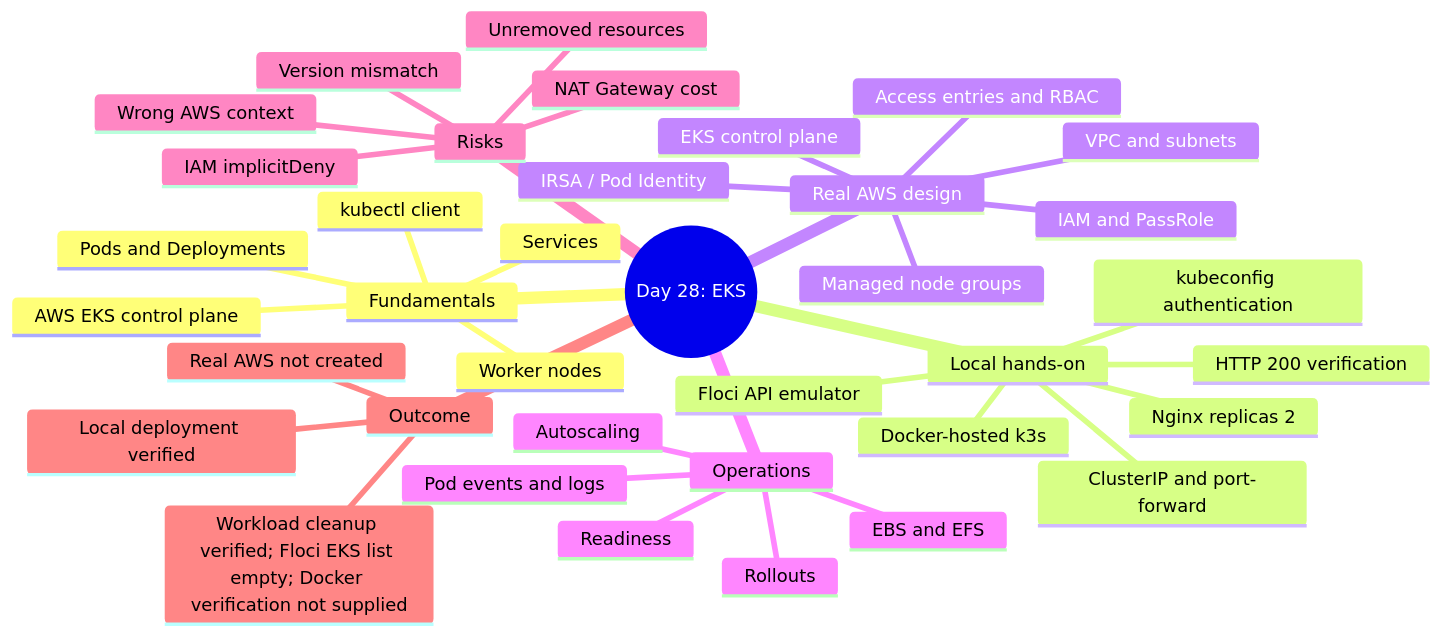
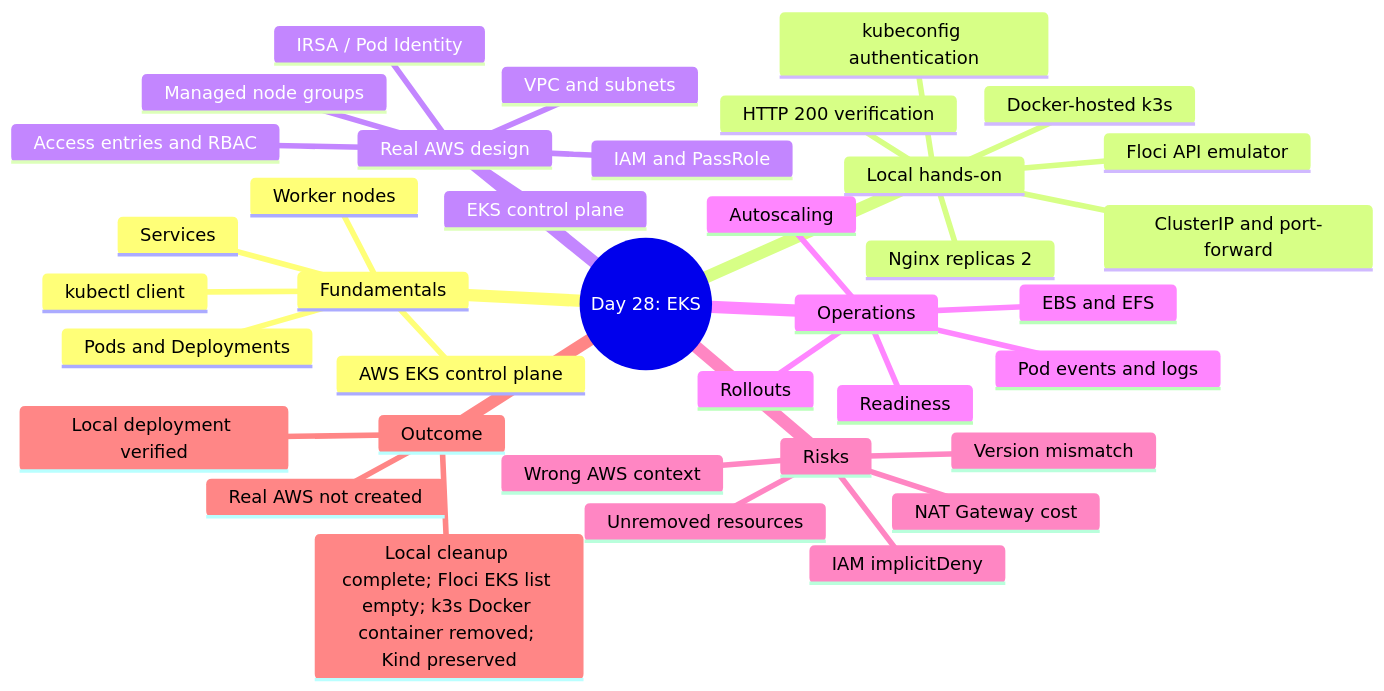
Before and after one commit to manasabitra1989/DevopsLearningJourney: the third of 3 diagrams in AWS/Day28/README.md, drawn with Mermaid. The commit also changed other lines of this file, not shown here.

````diff
--- a/AWS/Day28/README.md
+++ b/AWS/Day28/README.md
@@ -676,40 +693,40 @@
 ```mermaid
 mindmap
   root((Day 28: EKS))
     Fundamentals
       AWS EKS control plane
       Worker nodes
       kubectl client
       Pods and Deployments
       Services
     Local hands-on
       Floci API emulator
       Docker-hosted k3s
       kubeconfig authentication
       Nginx replicas 2
       ClusterIP and port-forward
       HTTP 200 verification
     Real AWS design
       IAM and PassRole
       VPC and subnets
       EKS control plane
       Managed node groups
       Access entries and RBAC
       IRSA / Pod Identity
     Operations
       Pod events and logs
       Rollouts
       Readiness
       Autoscaling
       EBS and EFS
     Risks
       NAT Gateway cost
       Wrong AWS context
       IAM implicitDeny
       Version mismatch
       Unremoved resources
     Outcome
       Local deployment verified
       Real AWS not created
-      Workload cleanup verified; Floci EKS list empty; Docker verification not supplied
+      Local cleanup complete; Floci EKS list empty; k3s Docker container removed; Kind preserved
 ```
````
